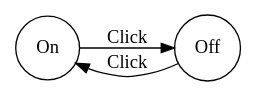
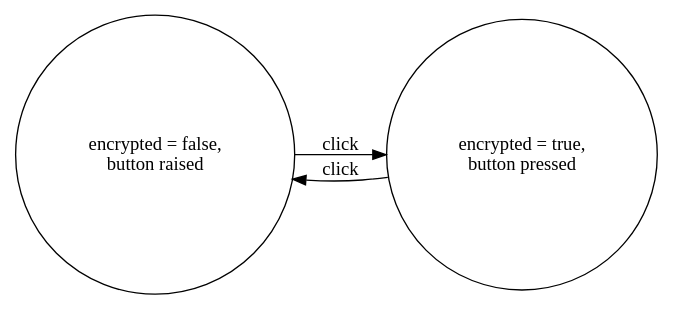
The diagram in 01-simple-boolean.dot (adrifelt/ux-model-graphs), drawn with Graphviz before and after one commit. The commit also changed 1 other file, not shown here.

```diff
--- a/01-simple-boolean.dot
+++ b/01-simple-boolean.dot
@@ -1,12 +1,12 @@
 digraph "01-simple-boolean" {
   rankdir = LR;
   node [
     shape = circle
   ];
 
-  on [ label = "On" ];
-  off [ label = "Off" ];
+  off [ label = "encrypted = false,\nbutton raised" ];
+  on [ label = "encrypted = true,\nbutton pressed" ];
 
-  on -> off [ label = "Click" ];
-  off -> on [ label = "Click" ];
+  off -> on [ label = "click" ];
+  on -> off [ label = "click" ];
 }
```
